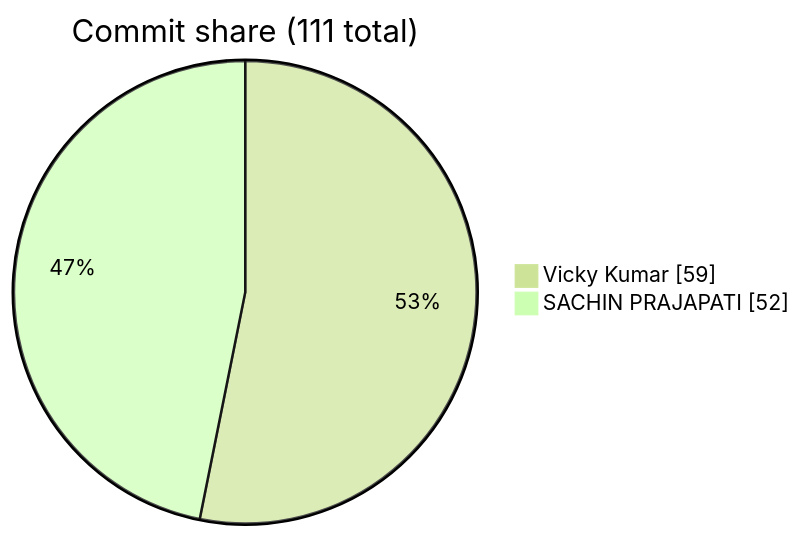
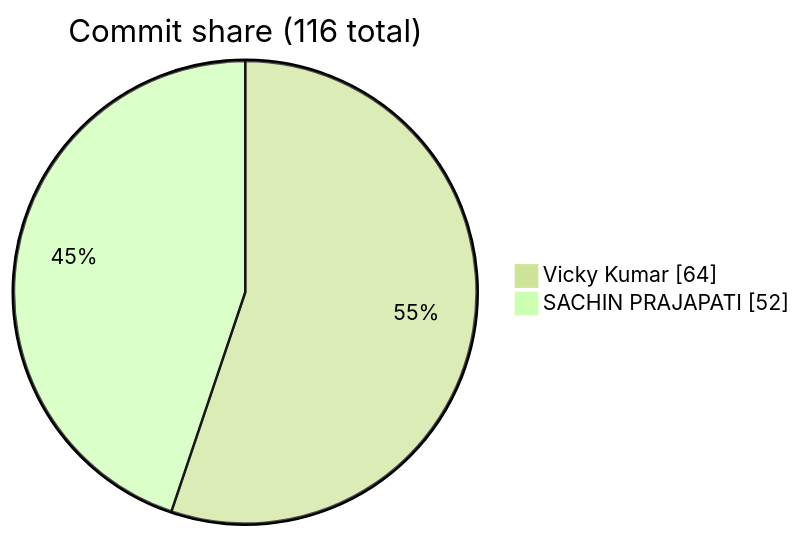
Before and after one commit to FiscalMindset/Clipo: the seventh of 7 diagrams in README.md, drawn with Mermaid (forest theme).

Commit message:
docs(readme): auto-update contributor stats and star history

````diff
--- a/README.md
+++ b/README.md
@@ -752,5 +752,5 @@
 ```mermaid
-pie showData title Commit share (111 total)
-    "Vicky Kumar" : 59
+pie showData title Commit share (116 total)
+    "Vicky Kumar" : 64
     "SACHIN PRAJAPATI" : 52
 ```
````
